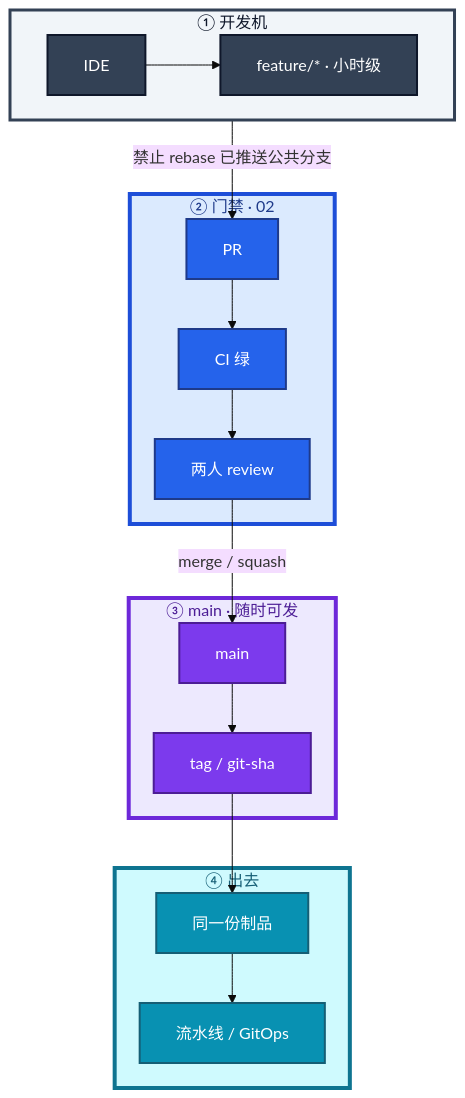
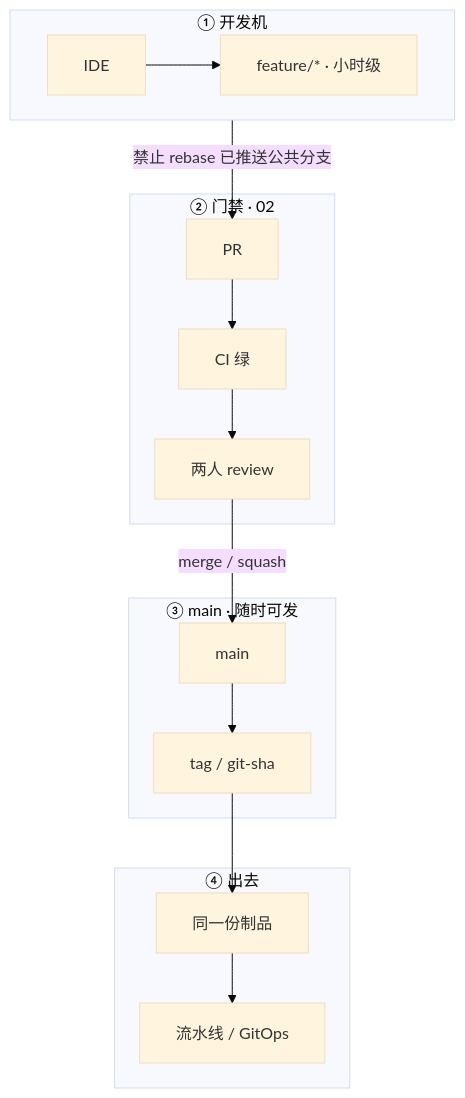
Before and after one commit to ml-cuizijun/LearnToLilith: the second of 7 diagrams in 04-工程化与自动化/01-Git工作流/知识点.md, drawn with Mermaid. The commit also changed other lines of this file and 470 other files, not shown here.

````diff
--- a/04-工程化与自动化/01-Git工作流/知识点.md
+++ b/04-工程化与自动化/01-Git工作流/知识点.md
@@ -84,47 +84,39 @@
 ```mermaid
 %%{init: {"flowchart": {"padding": 18, "nodeSpacing": 30, "rankSpacing": 50}, "theme": "base"}}%%
 flowchart TB
     subgraph local ["① 开发机"]
         direction LR
         ide[IDE]
         feat["feature/* · 小时级"]
         ide --> feat
     end
 
     subgraph gate ["② 门禁 · 02"]
         pr[PR]
         ci[CI 绿]
         rv[两人 review]
         pr --> ci --> rv
     end
 
     subgraph trunk ["③ main · 随时可发"]
         main[main]
         tag["tag / git-sha"]
         main --> tag
     end
 
     subgraph out ["④ 出去"]
         art[同一份制品]
         cd[流水线 / GitOps]
         art --> cd
     end
 
     feat -->|"禁止 rebase 已推送公共分支"| pr
     rv -->|"merge / squash"| main
     tag --> art
 
-    classDef gateC fill:#2563EB,stroke:#1E3A8A,stroke-width:2px,color:#fff
-    classDef trunkC fill:#7C3AED,stroke:#4C1D95,stroke-width:2px,color:#fff
-    classDef localC fill:#334155,stroke:#0F172A,stroke-width:2px,color:#fff
-    classDef outC fill:#0891B2,stroke:#155E75,stroke-width:2px,color:#fff
     class ci,rv,pr gateC
     class main,tag trunkC
     class ide,feat localC
     class art,cd outC
 
-    style local fill:#F1F5F9,stroke:#334155,stroke-width:3px,color:#0F172A
-    style gate fill:#DBEAFE,stroke:#1D4ED8,stroke-width:4px,color:#1E3A8A
-    style trunk fill:#EDE9FE,stroke:#6D28D9,stroke-width:4px,color:#4C1D95
-    style out fill:#CFFAFE,stroke:#0E7490,stroke-width:4px,color:#155E75
 ```
````
